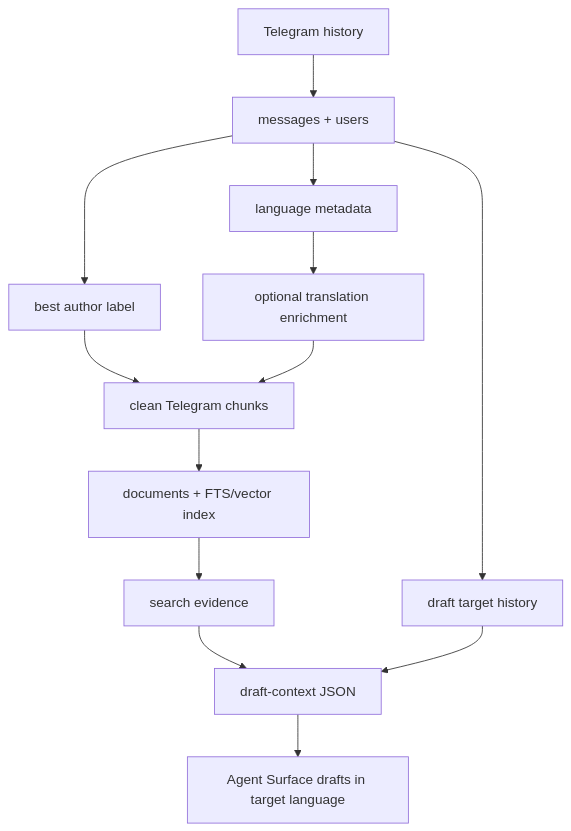
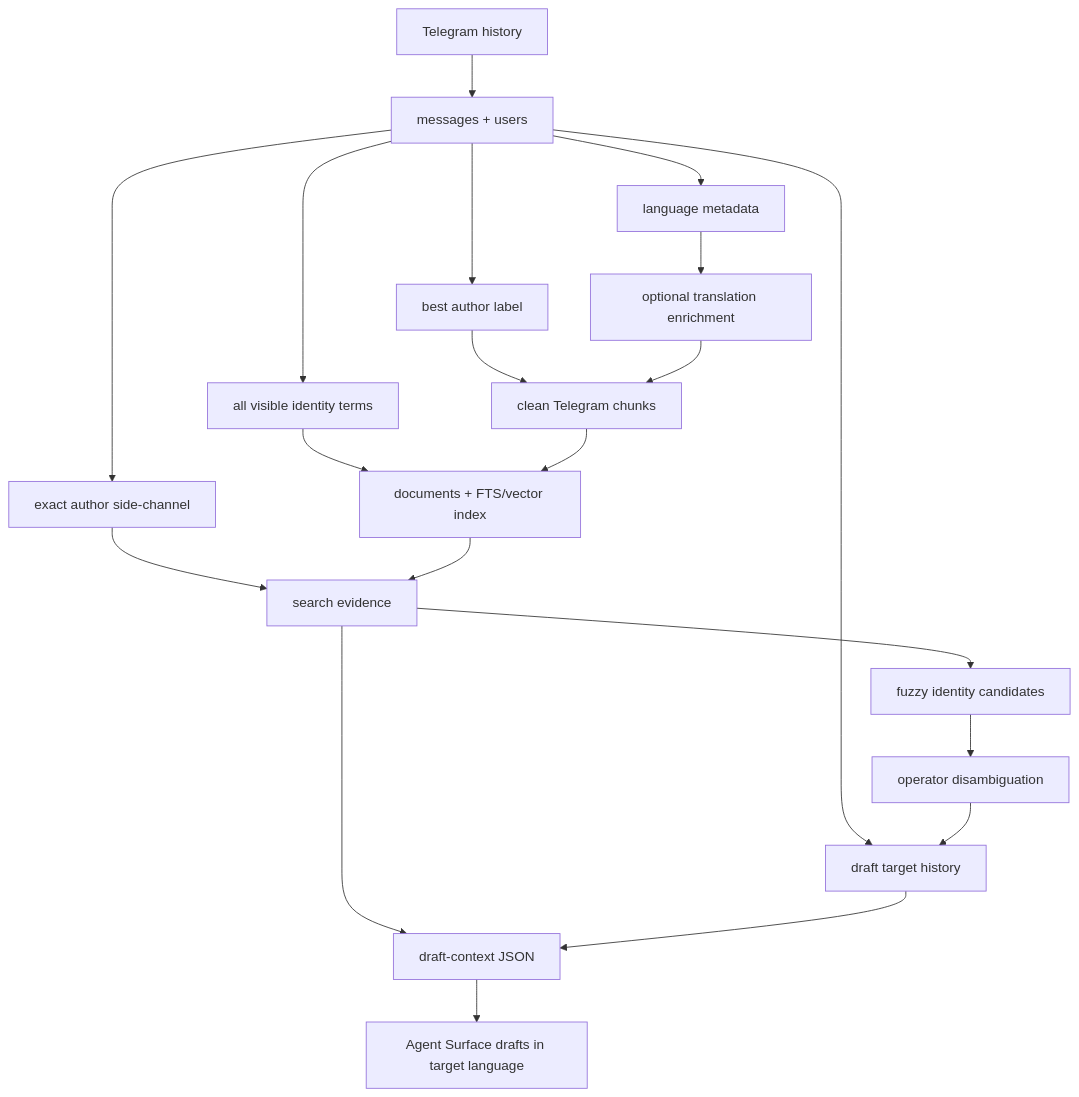
The diagram in docs/plans/2026-06-26-003-feat-telegram-author-language-retrieval-plan.md (igorrendulic/tg-customer-support-plugin), drawn with Mermaid before and after one commit. The commit also changed other lines of this file and 7 other files, not shown here.

Commit message:
fix: separate author identity from search text

````diff
--- a/docs/plans/2026-06-26-003-feat-telegram-author-language-retrieval-plan.md
+++ b/docs/plans/2026-06-26-003-feat-telegram-author-language-retrieval-plan.md
@@ -63,15 +70,22 @@
 ```mermaid
 flowchart TB
   TG[Telegram history] --> MSG[messages + users]
   MSG --> LABEL[best author label]
+  MSG --> IDENT[all visible identity terms]
   MSG --> LANG[language metadata]
   LANG --> ENRICH[optional translation enrichment]
   LABEL --> CHUNK[clean Telegram chunks]
+  IDENT --> DOC[documents + FTS/vector index]
   ENRICH --> CHUNK
-  CHUNK --> DOC[documents + FTS/vector index]
+  CHUNK --> DOC
+  MSG --> EXACT[exact author side-channel]
+  EXACT --> SEARCH[search evidence]
   DOC --> SEARCH[search evidence]
   MSG --> HISTORY[draft target history]
+  SEARCH --> CAND[fuzzy identity candidates]
+  CAND --> DISAMBIG[operator disambiguation]
+  DISAMBIG --> HISTORY
   SEARCH --> DRAFT[draft-context JSON]
   HISTORY --> DRAFT
   DRAFT --> AGENT[Agent Surface drafts in target language]
 ```
````
